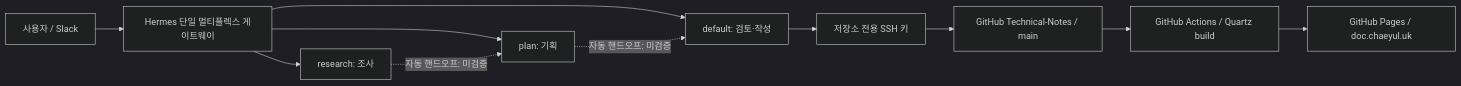
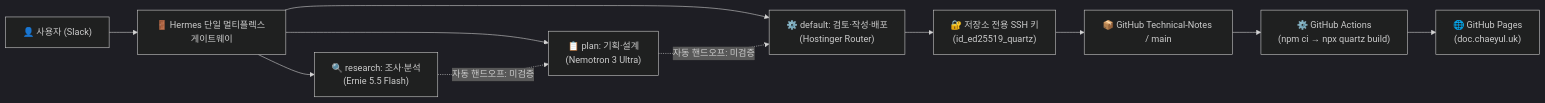
One commit to ttlojs-john/Technical-Notes changed the diagram in content/openclaw/hermes-multi-agent-quartz-pipeline-kr.md. Above: the diagram before and after it, drawn with Mermaid (dark theme). The commit also changed other lines of this file and 6 other files, not shown here.

````diff
--- a/content/openclaw/hermes-multi-agent-quartz-pipeline-kr.md
+++ b/content/openclaw/hermes-multi-agent-quartz-pipeline-kr.md
@@ -24,13 +43,13 @@
 ```mermaid
 flowchart LR
-    U["사용자 / Slack"] --> G["Hermes 단일 멀티플렉스 게이트웨이"]
-    G --> R["research: 조사"]
-    G --> P["plan: 기획"]
-    G --> D["default: 검토·작성"]
-    R -. "자동 핸드오프: 미검증" .-> P
-    P -. "자동 핸드오프: 미검증" .-> D
-    D --> K["저장소 전용 SSH 키"]
-    K --> GH["GitHub Technical-Notes / main"]
-    GH --> A["GitHub Actions / Quartz build"]
-    A --> S["GitHub Pages / doc.chaeyul.uk"]
+    User["👤 사용자 (Slack)"] --> Gateway["🚪 Hermes 단일 멀티플렉스 게이트웨이"]
+    Gateway --> Research["🔍 research: 조사·분석<br/>(Ernie 5.5 Flash)"]
+    Gateway --> Plan["📋 plan: 기획·설계<br/>(Nemotron 3 Ultra)"]
+    Gateway --> Default["⚙️ default: 검토·작성·배포<br/>(Hostinger Router)"]
+    Research -. "자동 핸드오프: 미검증" .-> Plan
+    Plan -. "자동 핸드오프: 미검증" .-> Default
+    Default --> SSH["🔐 저장소 전용 SSH 키<br/>(id_ed25519_quartz)"]
+    SSH --> GitHub["📦 GitHub Technical-Notes / main"]
+    GitHub --> Actions["⚙️ GitHub Actions<br/>(npm ci → npx quartz build)"]
+    Actions --> Pages["🌐 GitHub Pages<br/>(doc.chaeyul.uk)"]
 ```
````
